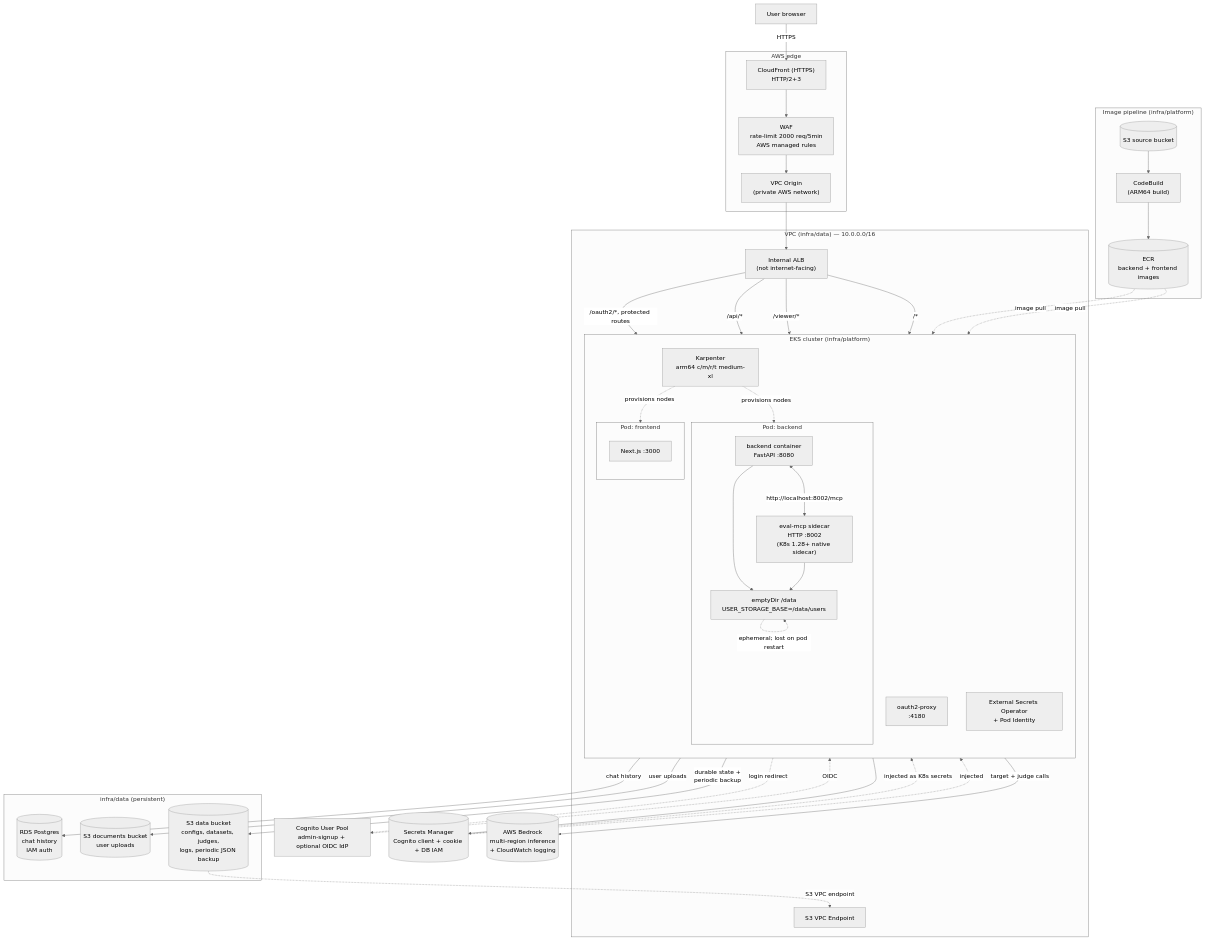
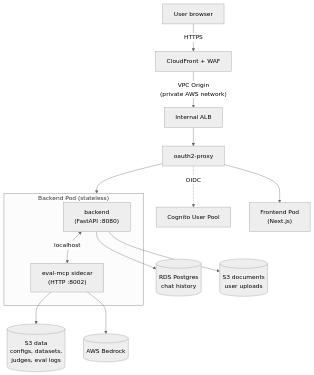
The third of 3 diagrams in ARCHITECTURE.md (awslabs/llm-evaluation-system), drawn with Mermaid (neutral theme) before and after one commit. The commit also changed other lines of this file, not shown here.

````diff
--- a/ARCHITECTURE.md
+++ b/ARCHITECTURE.md
@@ -162,85 +77,21 @@
 ```mermaid
 flowchart TB
-    User["User browser"]
+    User["User browser"] -->|"HTTPS"| CF["CloudFront + WAF"]
+    CF -->|"VPC Origin<br/>(private AWS network)"| ALB["Internal ALB"]
+    ALB --> OAuth["oauth2-proxy"]
+    OAuth -.->|"OIDC"| Cognito["Cognito User Pool"]
 
-    subgraph Edge["AWS edge"]
-        CF["CloudFront (HTTPS)<br/>HTTP/2+3"]
-        WAF["WAF<br/>rate-limit 2000 req/5min<br/>AWS managed rules"]
-        VPCOrigin["VPC Origin<br/>(private AWS network)"]
+    OAuth --> Frontend["Frontend Pod<br/>(Next.js)"]
+    OAuth --> BackendPod
+
+    subgraph BackendPod["Backend Pod (stateless)"]
+        BE["backend<br/>(FastAPI :8080)"]
+        MCP["eval-mcp sidecar<br/>(HTTP :8002)"]
+        BE <-->|"localhost"| MCP
     end
 
-    Cognito["Cognito User Pool<br/>admin-signup + optional OIDC IdP"]
-
-    subgraph VPC["VPC (infra/data) — 10.0.0.0/16"]
-        ALB["Internal ALB<br/>(not internet-facing)"]
-        S3End["S3 VPC Endpoint"]
-
-        subgraph EKS["EKS cluster (infra/platform)"]
-            direction TB
-            OAuth["oauth2-proxy<br/>:4180"]
-
-            subgraph BackendPod["Pod: backend"]
-                BE["backend container<br/>FastAPI :8080"]
-                EvalSidecar["eval-mcp sidecar<br/>HTTP :8002<br/>(K8s 1.28+ native sidecar)"]
-                Eph["emptyDir /data<br/>USER_STORAGE_BASE=/data/users"]
-            end
-
-            subgraph FrontendPod["Pod: frontend"]
-                FE["Next.js :3000"]
-            end
-
-            Karp["Karpenter<br/>arm64 c/m/r/t medium-xl"]
-            ESO["External Secrets Operator<br/>+ Pod Identity"]
-        end
-    end
-
-    subgraph DataLayer["infra/data (persistent)"]
-        RDS[("RDS Postgres<br/>chat history<br/>IAM auth")]
-        S3Docs[("S3 documents bucket<br/>user uploads")]
-        S3Data[("S3 data bucket<br/>configs, datasets, judges,<br/>logs, periodic JSON backup")]
-    end
-
-    subgraph CICD["Image pipeline (infra/platform)"]
-        CB["CodeBuild<br/>(ARM64 build)"]
-        ECR[("ECR<br/>backend + frontend images")]
-        SrcS3[("S3 source bucket")]
-    end
-
-    SM[("Secrets Manager<br/>Cognito client + cookie + DB IAM")]
-    BedrockSvc2[("AWS Bedrock<br/>multi-region inference<br/>+ CloudWatch logging")]
-
-    User -->|"HTTPS"| CF
-    CF --> WAF
-    WAF --> VPCOrigin
-    VPCOrigin --> ALB
-
-    ALB -->|"/oauth2/*, protected routes"| OAuth
-    ALB -->|"/api/*"| BE
-    ALB -->|"/viewer/*"| BE
-    ALB -->|"/*"| FE
-    OAuth -.->|"login redirect"| Cognito
-    Cognito -.->|"OIDC"| OAuth
-
-    BE <-->|"http://localhost:8002/mcp"| EvalSidecar
-    BE --> Eph
-    EvalSidecar --> Eph
-    BE -->|"chat history"| RDS
-    BE -->|"user uploads"| S3Docs
-    EvalSidecar -->|"durable state +<br/>periodic backup"| S3Data
-    EvalSidecar -->|"target + judge calls"| BedrockSvc2
-
-    Eph -.->|"ephemeral; lost on pod restart"| Eph
-    S3Data -.->|"S3 VPC endpoint"| S3End
-
-    ESO --> SM
-    SM -.->|"injected as K8s secrets"| BE
-    SM -.->|"injected"| OAuth
-
-    SrcS3 --> CB
-    CB --> ECR
-    ECR -.->|"image pull"| BackendPod
-    ECR -.->|"image pull"| FrontendPod
-
-    Karp -.->|"provisions nodes"| BackendPod
-    Karp -.->|"provisions nodes"| FrontendPod
+    BE --> RDS[("RDS Postgres<br/>chat history")]
+    BE --> S3Docs[("S3 documents<br/>user uploads")]
+    MCP --> S3Data[("S3 data<br/>configs, datasets,<br/>judges, eval logs")]
+    MCP --> Bedrock[("AWS Bedrock")]
 ```
````
